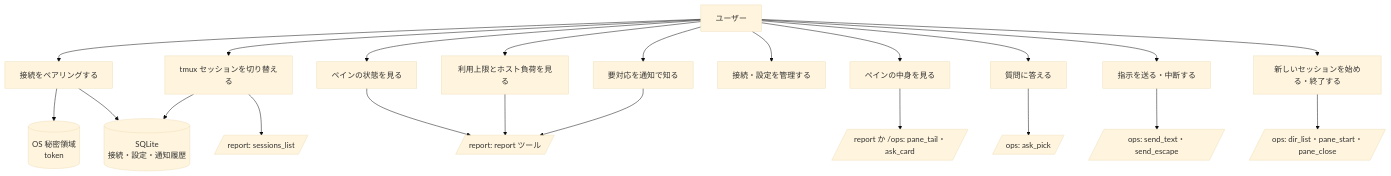
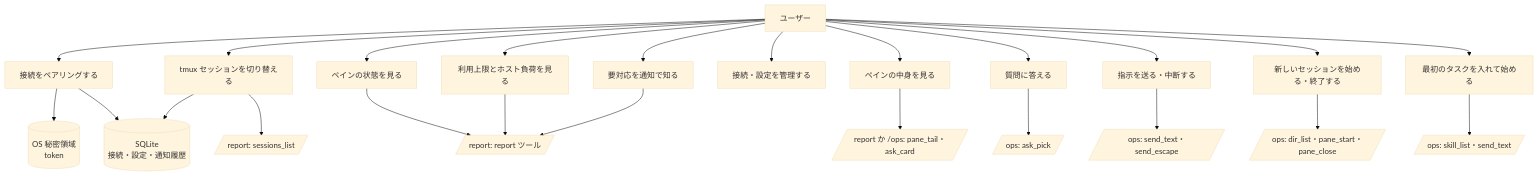
Before and after one commit to ousiassllc/swarm-viewer: the first of 3 diagrams in docs/requirements/functional.md, drawn with Mermaid (base theme). The commit also changed other lines of this file and 7 other files, not shown here.

````diff
--- a/docs/requirements/functional.md
+++ b/docs/requirements/functional.md
@@ -9,25 +9,27 @@
 ```mermaid
 graph TD
     User[ユーザー]
     User --> UC1[接続をペアリングする]
     User --> UC2[tmux セッションを切り替える]
     User --> UC3[ペインの状態を見る]
     User --> UC4[利用上限とホスト負荷を見る]
     User --> UC5[要対応を通知で知る]
     User --> UC6[接続・設定を管理する]
     User --> UC7[ペインの中身を見る]
     User --> UC8[質問に答える]
     User --> UC9[指示を送る・中断する]
     User --> UC10[新しいセッションを始める・終了する]
+    User --> UC11[最初のタスクを入れて始める]
     UC1 --> Secret[(OS 秘密領域<br/>token)]
     UC1 --> DB[(SQLite<br/>接続・設定・通知履歴)]
     UC2 --> DB
     UC3 --> Report[/report: report ツール/]
     UC4 --> Report
     UC5 --> Report
     UC2 --> Sessions[/report: sessions_list/]
     UC7 --> View[/report か /ops: pane_tail・ask_card/]
     UC8 --> Pick[/ops: ask_pick/]
     UC9 --> Send[/ops: send_text・send_escape/]
     UC10 --> Start[/ops: dir_list・pane_start・pane_close/]
+    UC11 --> First[/ops: skill_list・send_text/]
 ```
````
